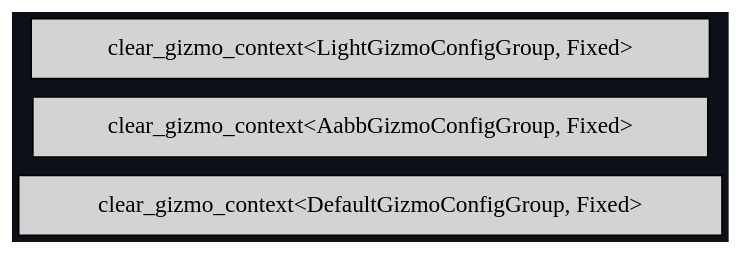
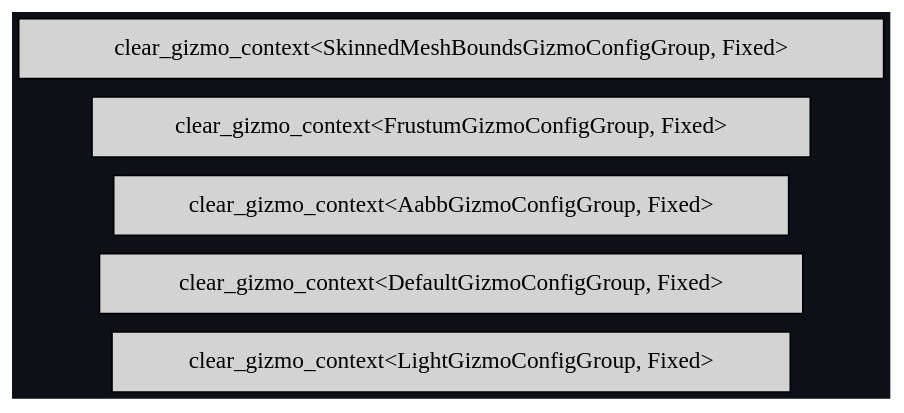
One commit to jakobhellermann/bevy_mod_debugdump changed the diagram in docs/schedule/dark/schedule_FixedFirst.dot. Above: the diagram before and after it, drawn with Graphviz. The commit also changed 95 other files, not shown here.

```diff
--- a/docs/schedule/dark/schedule_FixedFirst.dot
+++ b/docs/schedule/dark/schedule_FixedFirst.dot
@@ -1,13 +1,15 @@
 digraph "" {
 	"compound"="true";
 	"splines"="spline";
 	"rankdir"="LR";
 	"bgcolor"="#0d1117";
 	"fontname"="Helvetica";
 	"nodesep"="0.15";
 	edge ["penwidth"="2"];
 	node ["shape"="box", "style"="filled"];
-	"node_System(SystemKey(1v1))" ["label"="clear_gizmo_context<DefaultGizmoConfigGroup, Fixed>", "tooltip"="bevy_gizmos::clear_gizmo_context<bevy_gizmos::config::DefaultGizmoConfigGroup, bevy_time::fixed::Fixed>"]
-	"node_System(SystemKey(2v1))" ["label"="clear_gizmo_context<AabbGizmoConfigGroup, Fixed>", "tooltip"="bevy_gizmos::clear_gizmo_context<bevy_gizmos::aabb::AabbGizmoConfigGroup, bevy_time::fixed::Fixed>"]
-	"node_System(SystemKey(3v1))" ["label"="clear_gizmo_context<LightGizmoConfigGroup, Fixed>", "tooltip"="bevy_gizmos::clear_gizmo_context<bevy_gizmos::light::LightGizmoConfigGroup, bevy_time::fixed::Fixed>"]
+	"node_System(SystemKey(1v1))" ["label"="clear_gizmo_context<LightGizmoConfigGroup, Fixed>", "tooltip"="bevy_gizmos::clear_gizmo_context<bevy_light::gizmos::LightGizmoConfigGroup, bevy_time::fixed::Fixed>"]
+	"node_System(SystemKey(2v1))" ["label"="clear_gizmo_context<DefaultGizmoConfigGroup, Fixed>", "tooltip"="bevy_gizmos::clear_gizmo_context<bevy_gizmos::config::DefaultGizmoConfigGroup, bevy_time::fixed::Fixed>"]
+	"node_System(SystemKey(3v1))" ["label"="clear_gizmo_context<AabbGizmoConfigGroup, Fixed>", "tooltip"="bevy_gizmos::clear_gizmo_context<bevy_gizmos::aabb::AabbGizmoConfigGroup, bevy_time::fixed::Fixed>"]
+	"node_System(SystemKey(4v1))" ["label"="clear_gizmo_context<FrustumGizmoConfigGroup, Fixed>", "tooltip"="bevy_gizmos::clear_gizmo_context<bevy_gizmos::frustum::FrustumGizmoConfigGroup, bevy_time::fixed::Fixed>"]
+	"node_System(SystemKey(5v1))" ["label"="clear_gizmo_context<SkinnedMeshBoundsGizmoConfigGroup, Fixed>", "tooltip"="bevy_gizmos::clear_gizmo_context<bevy_gizmos::skinned_mesh_bounds::SkinnedMeshBoundsGizmoConfigGroup, bevy_time::fixed::Fixed>"]
 }
```
